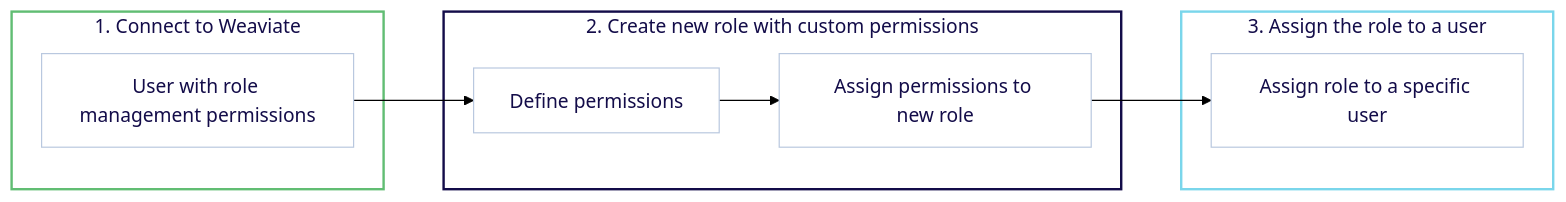
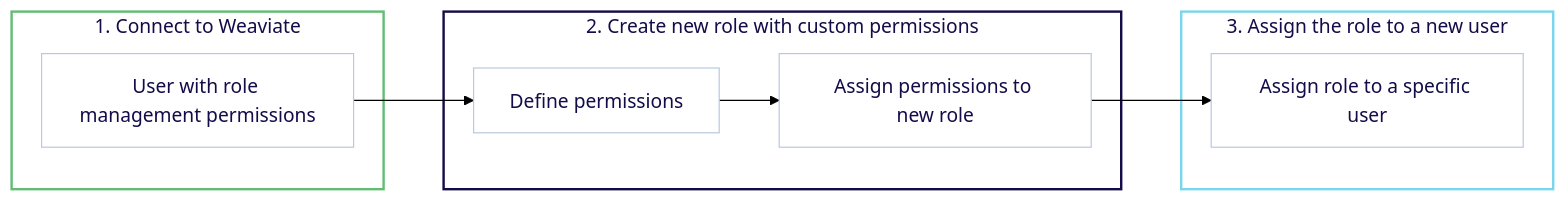
One commit to weaviate/weaviate-io changed the diagram in developers/weaviate/tutorials/rbac.mdx. Above: the diagram before and after it, drawn with Mermaid (forest theme). The commit also changed other lines of this file and 10 other files, not shown here.

````diff
--- a/developers/weaviate/tutorials/rbac.mdx
+++ b/developers/weaviate/tutorials/rbac.mdx
@@ -29,32 +29,32 @@
 ```mermaid
 flowchart LR
     %% Define nodes with white backgrounds and darker borders
     A1["User with role management permissions"] --> B1["Define permissions"]
     B1 --> B2["Assign permissions to new role"]
     B2 --> C1["Assign role to a specific user"]
 
     %% Group nodes in subgraphs with brand colors
     subgraph sg1 ["1. Connect to Weaviate"]
         A1
     end
 
     subgraph sg2 ["2. Create new role with custom permissions"]
         B1
         B2
     end
 
-    subgraph sg3 ["3. Assign the role to a user"]
+    subgraph sg3 ["3. Assign the role to a new user"]
         C1
     end
 
     %% Style nodes with white background and darker borders
     style A1 fill:#ffffff,stroke:#B9C8DF,color:#130C49
     style B1 fill:#ffffff,stroke:#B9C8DF,color:#130C49
     style B2 fill:#ffffff,stroke:#B9C8DF,color:#130C49
     style C1 fill:#ffffff,stroke:#B9C8DF,color:#130C49
 
     %% Style subgraphs with brand colors
     style sg1 fill:#ffffff,stroke:#61BD73,stroke-width:2px,color:#130C49
     style sg2 fill:#ffffff,stroke:#130C49,stroke-width:2px,color:#130C49
     style sg3 fill:#ffffff,stroke:#7AD6EB,stroke-width:2px,color:#130C49
 ```
````
